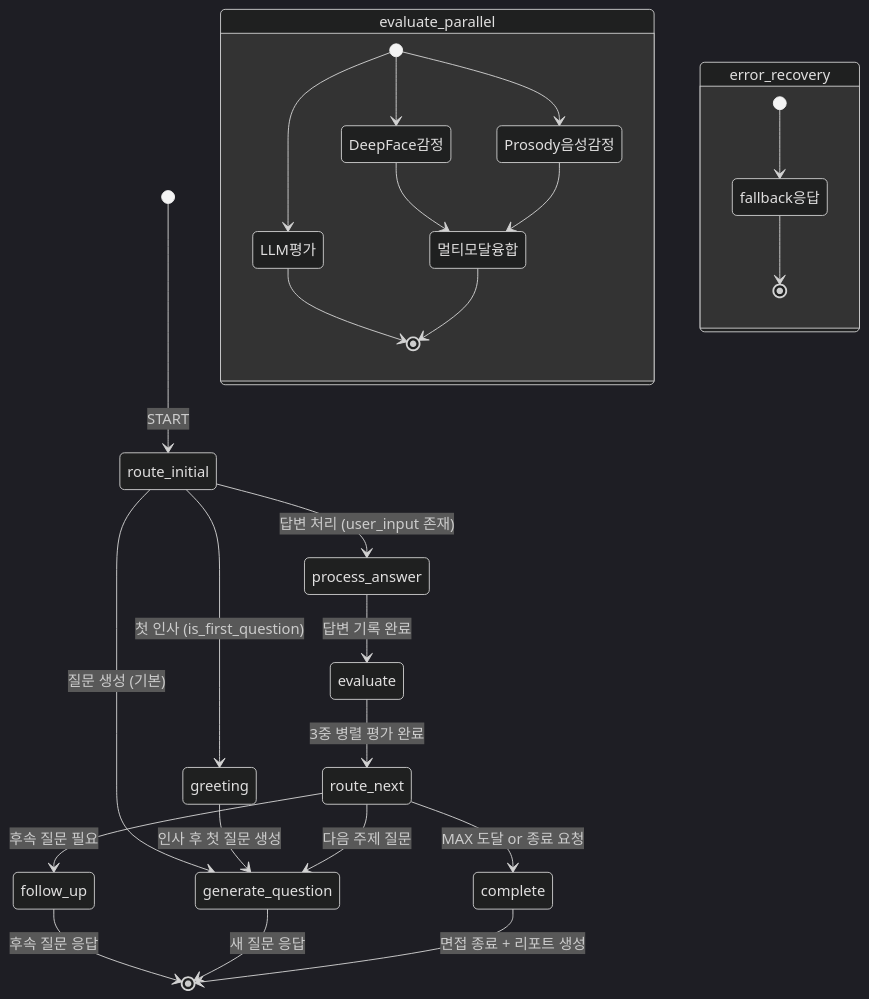
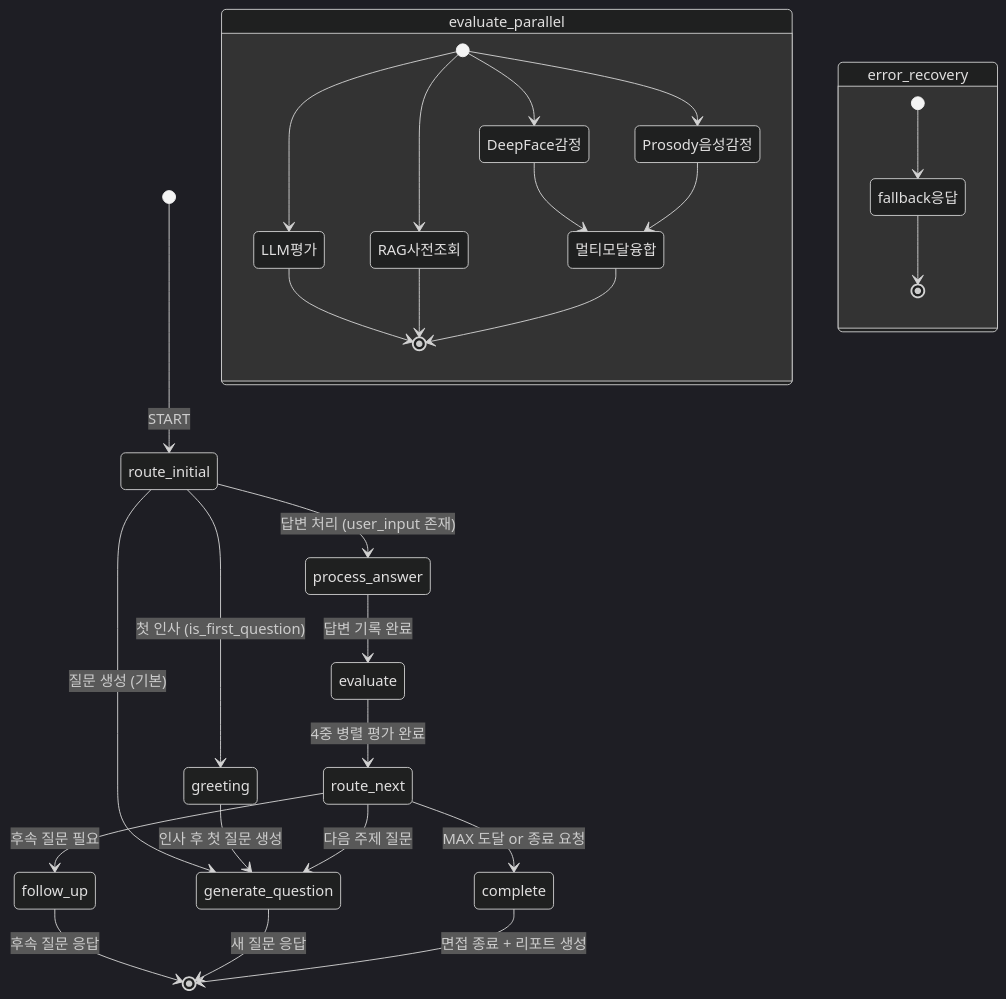
The diagram in CSH/documents/LangChain_LangGraph_LLM 아키텍처 분석.md (TaRang7248/big20_AI_Interview_simulation), drawn with Mermaid (dark theme) before and after one commit. The commit also changed other lines of this file, not shown here.

````diff
--- a/CSH/documents/LangChain_LangGraph_LLM 아키텍처 분석.md
+++ b/CSH/documents/LangChain_LangGraph_LLM 아키텍처 분석.md
@@ -160,38 +175,40 @@
 ```mermaid
 stateDiagram-v2
     [*] --> route_initial : START
     
     state route_initial <<choice>>
     route_initial --> greeting : 첫 인사 (is_first_question)
     route_initial --> process_answer : 답변 처리 (user_input 존재)
     route_initial --> generate_question : 질문 생성 (기본)
     
     greeting --> generate_question : 인사 후 첫 질문 생성
     
     process_answer --> evaluate : 답변 기록 완료
     
     state evaluate_parallel {
         [*] --> LLM평가
         [*] --> DeepFace감정
         [*] --> Prosody음성감정
+        [*] --> RAG사전조회
         LLM평가 --> [*]
         DeepFace감정 --> 멀티모달융합
         Prosody음성감정 --> 멀티모달융합
+        RAG사전조회 --> [*]
         멀티모달융합 --> [*]
     }
-    evaluate --> route_next : 3중 병렬 평가 완료
+    evaluate --> route_next : 4중 병렬 평가 완료
     
     state route_next <<choice>>
     route_next --> complete : MAX 도달 or 종료 요청
     route_next --> follow_up : 후속 질문 필요
     route_next --> generate_question : 다음 주제 질문
     
     follow_up --> [*] : 후속 질문 응답
     generate_question --> [*] : 새 질문 응답
     complete --> [*] : 면접 종료 + 리포트 생성
     
     state error_recovery {
         [*] --> fallback응답
         fallback응답 --> [*]
     }
 ```
````
